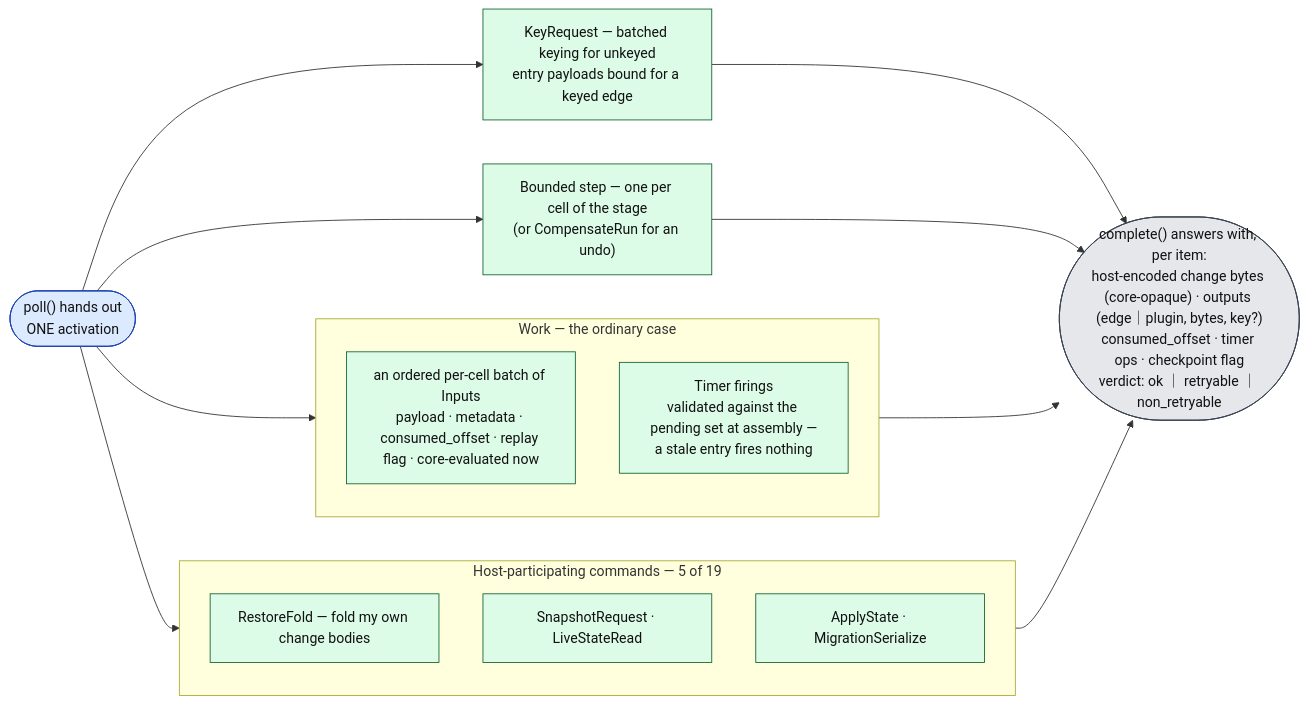
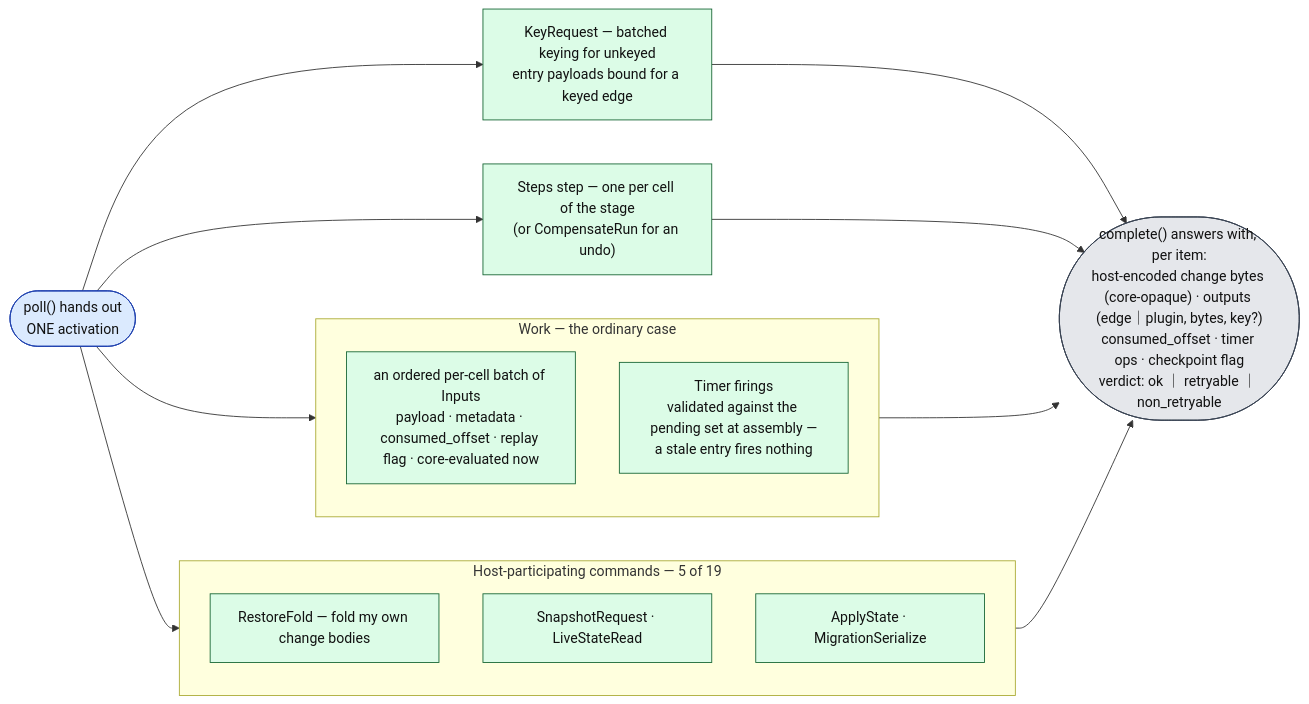
One commit to Flezha/flezha changed the third of 8 diagrams in docs/architecture/runner.md. Above: the diagram before and after it, drawn with Mermaid. The commit also changed other lines of this file and 476 other files, not shown here.

````diff
--- a/docs/architecture/runner.md
+++ b/docs/architecture/runner.md
@@ -91,36 +91,36 @@
 ```mermaid
 flowchart LR
     POLL(["poll() hands out<br/>ONE activation"]):::ctrl
 
     subgraph WORK["Work — the ordinary case"]
         direction TB
         W1["an ordered per-cell batch of Inputs<br/>payload · metadata · consumed_offset · replay flag · core-evaluated now"]:::exec
         W2["Timer firings<br/>validated against the pending set at assembly —<br/>a stale entry fires nothing"]:::exec
     end
 
     subgraph CMD["Host-participating commands — 5 of 19"]
         direction TB
         M1["RestoreFold — fold my own change bodies"]:::exec
         M2["SnapshotRequest · LiveStateRead"]:::exec
         M3["ApplyState · MigrationSerialize"]:::exec
     end
 
     KR["KeyRequest — batched keying for unkeyed<br/>entry payloads bound for a keyed edge"]:::exec
-    BS["Bounded step — one per cell of the stage<br/>(or CompensateRun for an undo)"]:::exec
+    BS["Steps step — one per cell of the stage<br/>(or CompensateRun for an undo)"]:::exec
 
     POLL --> WORK
     POLL --> CMD
     POLL --> KR
     POLL --> BS
 
     RES(["complete() answers with, per item:<br/>host-encoded change bytes (core-opaque) · outputs (edge｜plugin, bytes, key?)<br/>consumed_offset · timer ops · checkpoint flag<br/>verdict: ok ｜ retryable ｜ non_retryable"]):::store
 
     WORK --> RES
     CMD --> RES
     KR --> RES
     BS --> RES
 
     classDef ctrl fill:#dbeafe,stroke:#1e40af,color:#111
     classDef exec fill:#dcfce7,stroke:#166534,color:#111
     classDef store fill:#e5e7eb,stroke:#374151,color:#111
 ```
````
